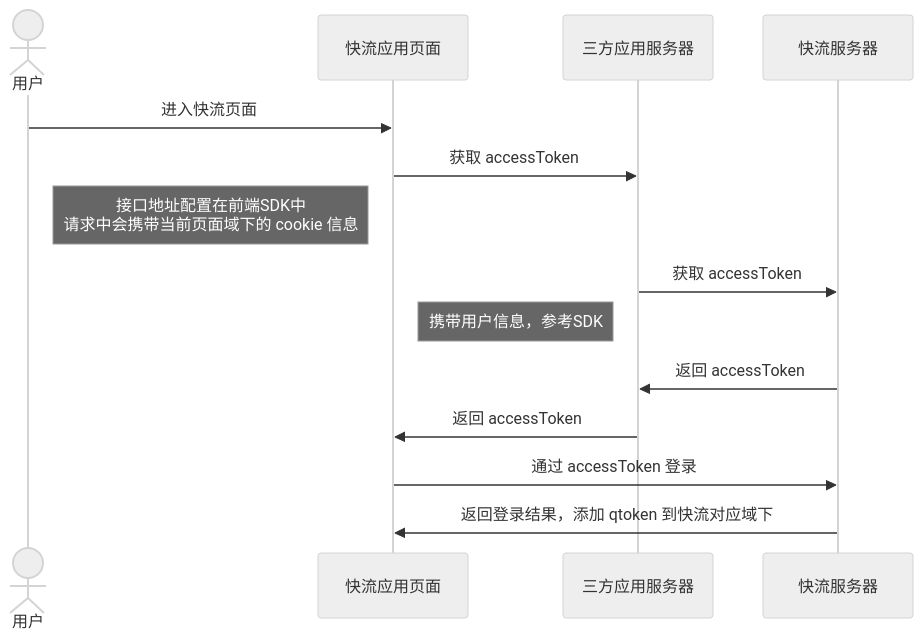
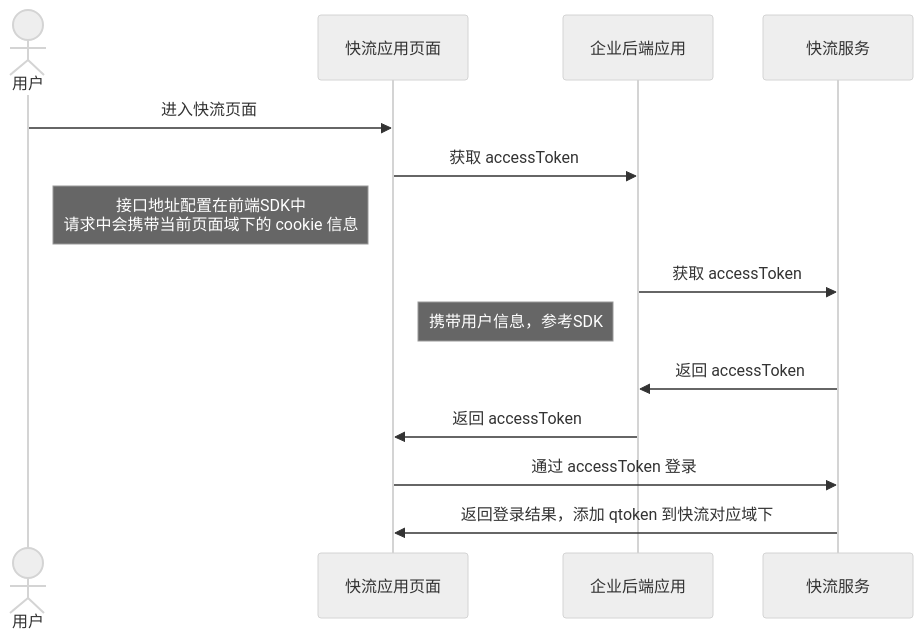
Before and after one commit to QFlowTech/kuaiflow-help: the diagram in tech/sso.md, drawn with Mermaid (neutral theme). The commit also changed other lines of this file, not shown here.

````diff
--- a/tech/sso.md
+++ b/tech/sso.md
@@ -15,17 +16,17 @@
 ```mermaid
 sequenceDiagram
     actor user as 用户
     participant qflowPage as 快流应用页面
-    participant customServer as 三方应用服务器
-    participant qflowServer as 快流服务器
+    participant customServer as 企业后端应用
+    participant qflowServer as 快流服务
 
     user ->> qflowPage: 进入快流页面
     qflowPage ->> customServer: 获取 accessToken
     note left of qflowPage: 接口地址配置在前端SDK中<br/>请求中会携带当前页面域下的 cookie 信息
     customServer ->> qflowServer: 获取 accessToken
     note left of customServer: 携带用户信息，参考SDK
     qflowServer ->> customServer: 返回 accessToken
     customServer ->> qflowPage: 返回 accessToken
     qflowPage ->> qflowServer: 通过 accessToken 登录
     qflowServer ->> qflowPage: 返回登录结果，添加 qtoken 到快流对应域下
 ```
````
